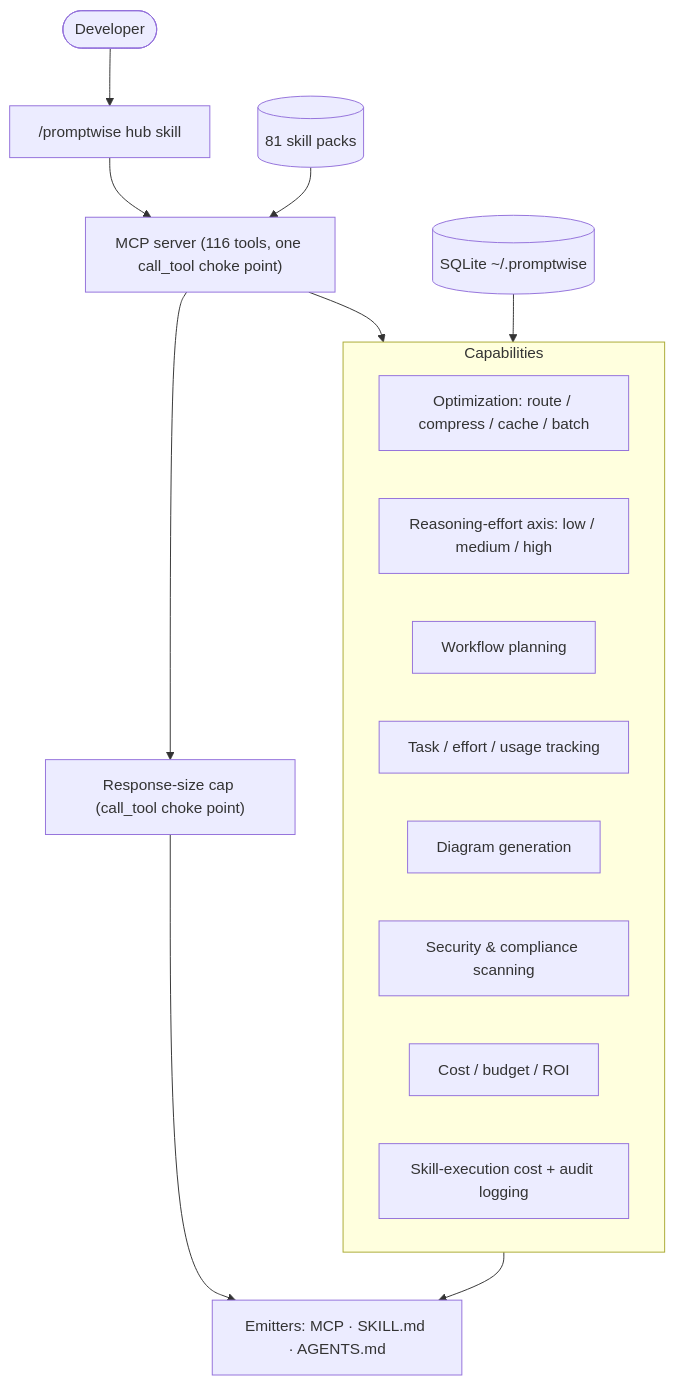
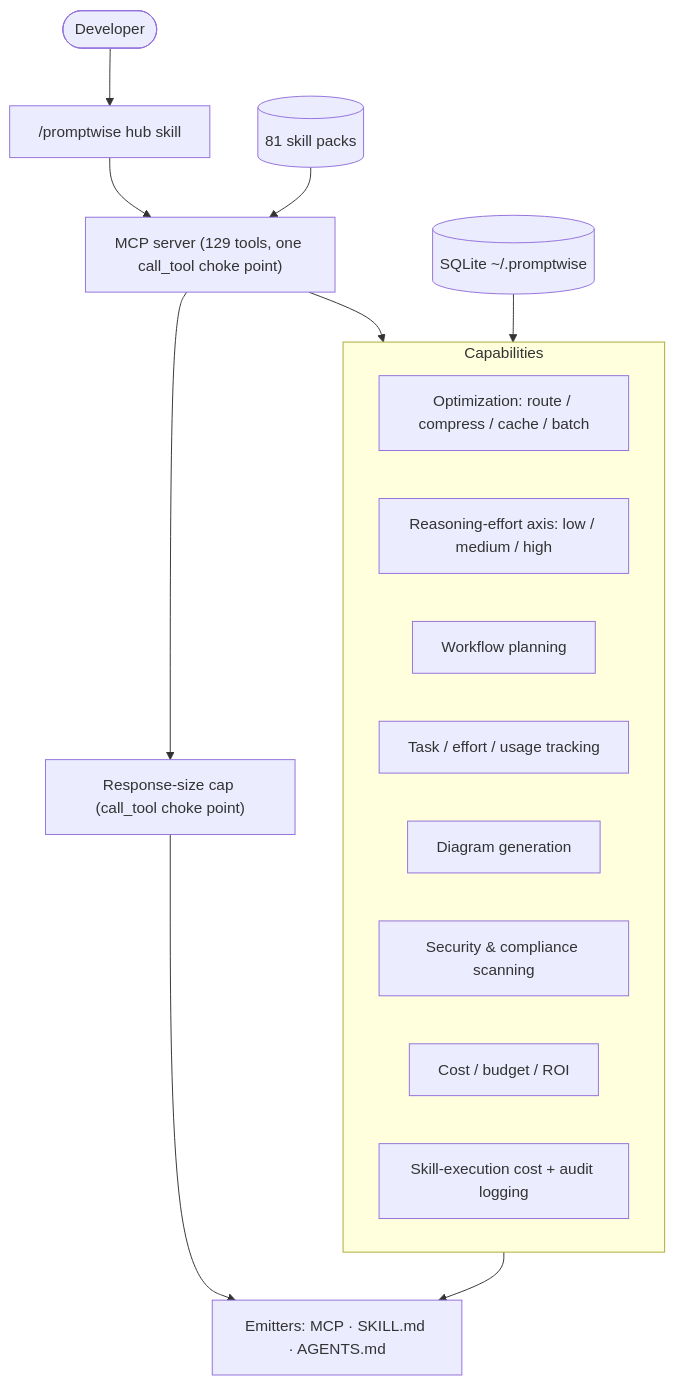
Before and after one commit to u2anilgit/PromptWise: the first of 6 diagrams in docs/ARCHITECTURE.md, drawn with Mermaid. The commit also changed 4 other files, not shown here.

````diff
--- a/docs/ARCHITECTURE.md
+++ b/docs/ARCHITECTURE.md
@@ -10,21 +10,21 @@
 ```mermaid
 flowchart TB
   dev([Developer]) --> hub["/promptwise hub skill"]
-  hub --> mcp["MCP server (116 tools, one call_tool choke point)"]
+  hub --> mcp["MCP server (129 tools, one call_tool choke point)"]
   subgraph Capabilities
     opt[Optimization: route / compress / cache / batch]
     effort[Reasoning-effort axis: low / medium / high]
     flow[Workflow planning]
     track[Task / effort / usage tracking]
     diag[Diagram generation]
     sec[Security & compliance scanning]
     cost[Cost / budget / ROI]
     skillaudit[Skill-execution cost + audit logging]
   end
   mcp --> Capabilities
   mcp --> cap["Response-size cap (call_tool choke point)"]
   cap --> emit["Emitters: MCP · SKILL.md · AGENTS.md"]
   Capabilities --> emit
   packs[("81 skill packs")] --> mcp
   store[("SQLite ~/.promptwise")] --> Capabilities
 ```
````
